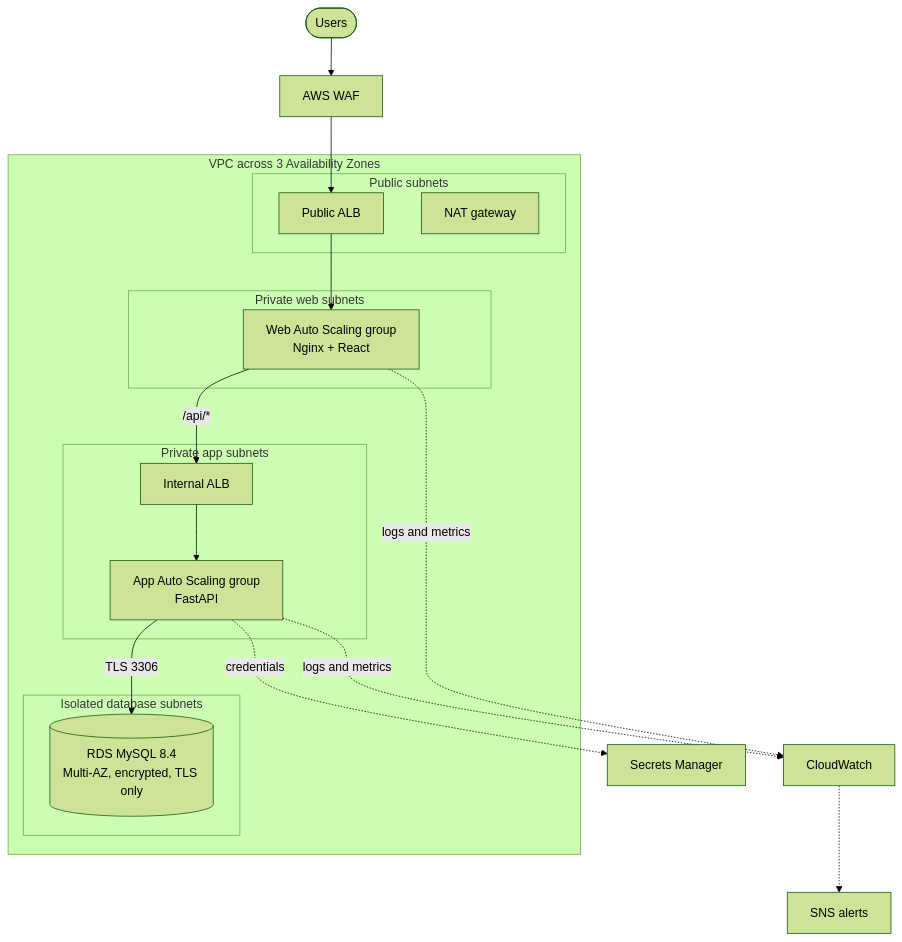
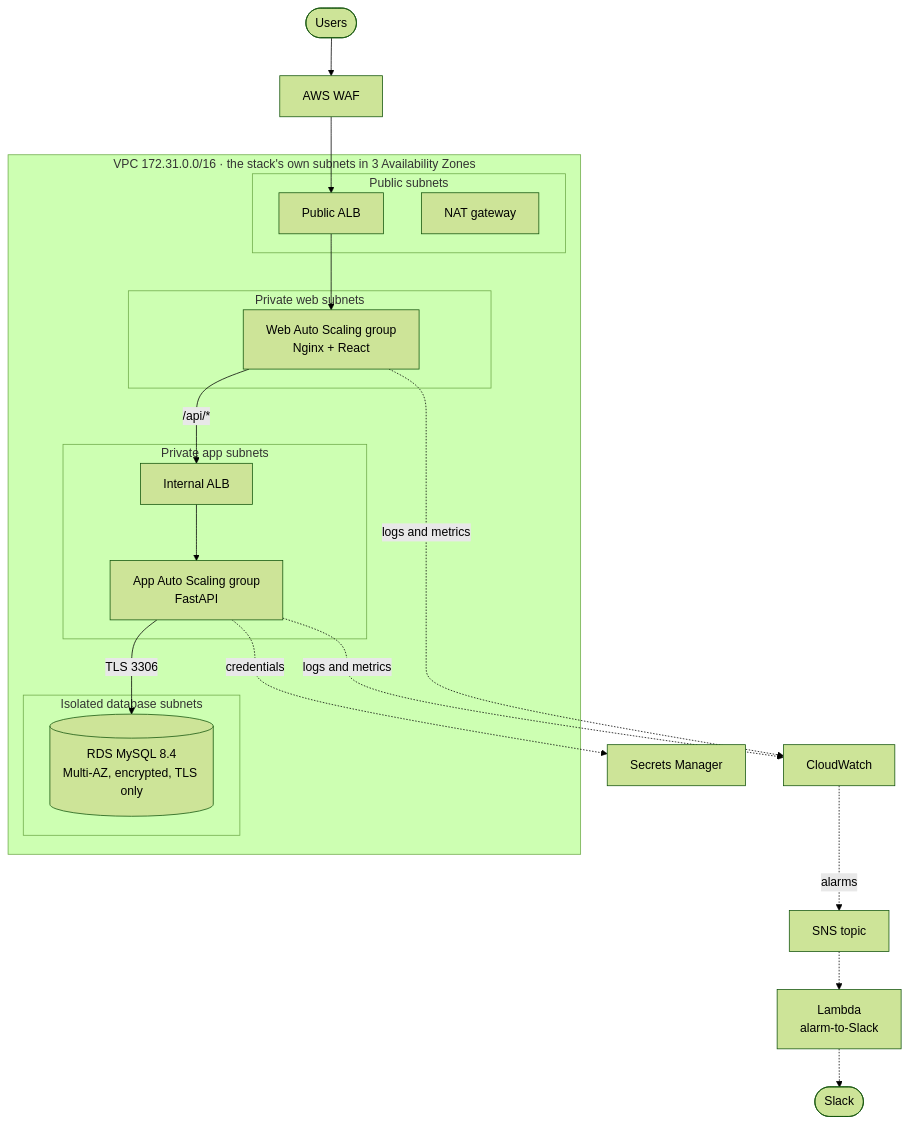
One commit to ngems1/3tier-app changed the first of 3 diagrams in README.md. Above: the diagram before and after it, drawn with Mermaid (forest theme). The commit also changed other lines of this file, not shown here.

````diff
--- a/README.md
+++ b/README.md
@@ -50,27 +58,28 @@
 ```mermaid
 flowchart TB
     user([Users]) --> waf[AWS WAF]
     waf --> alb[Public ALB]
-    subgraph vpc[VPC across 3 Availability Zones]
+    subgraph vpc[VPC 172.31.0.0/16 · the stack's own subnets in 3 Availability Zones]
         subgraph public[Public subnets]
             alb
             nat[NAT gateway]
         end
         subgraph web[Private web subnets]
             webasg[Web Auto Scaling group<br/>Nginx + React]
         end
         subgraph app[Private app subnets]
             ialb[Internal ALB]
             appasg[App Auto Scaling group<br/>FastAPI]
         end
         subgraph data[Isolated database subnets]
             rds[(RDS MySQL 8.4<br/>Multi-AZ, encrypted, TLS only)]
         end
     end
     alb --> webasg
     webasg -->|/api/*| ialb --> appasg
     appasg -->|TLS 3306| rds
     appasg -.->|credentials| sm[Secrets Manager]
     webasg & appasg -.->|logs and metrics| cw[CloudWatch]
-    cw -.-> sns[SNS alerts]
+    cw -.->|alarms| sns[SNS topic]
+    sns -.-> lambda[Lambda<br/>alarm-to-Slack] -.-> slack([Slack])
 ```
````
